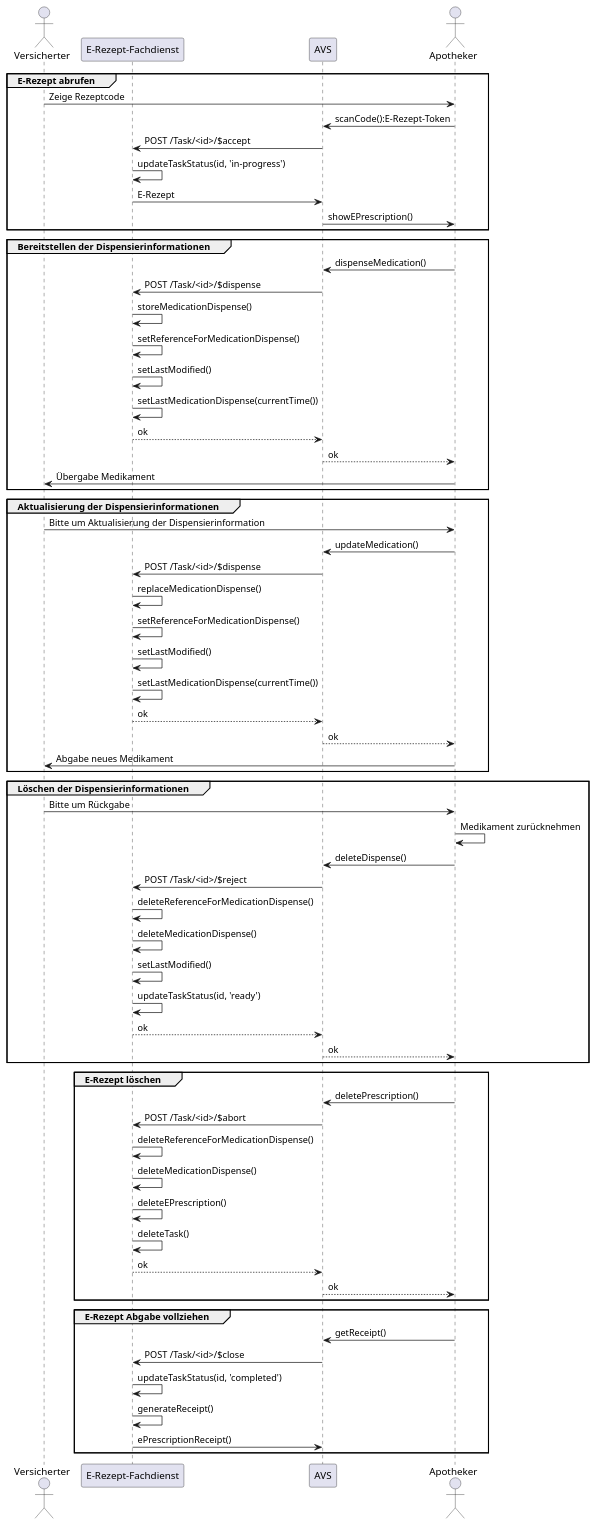
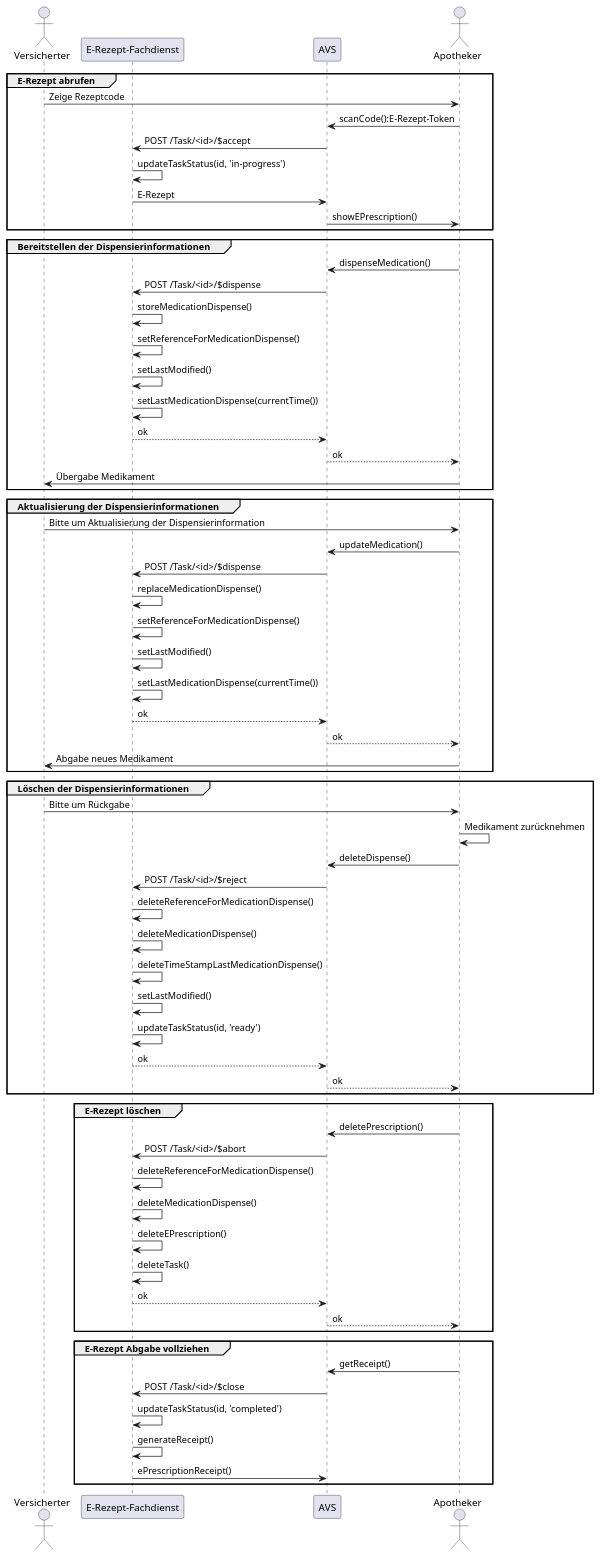
The diagram in puml/fdv_zustaende_sequenz.puml (gematik/api-erp), drawn with PlantUML before and after one commit. The commit also changed 6 other files, not shown here.

```diff
--- a/puml/fdv_zustaende_sequenz.puml
+++ b/puml/fdv_zustaende_sequenz.puml
@@ -1,75 +1,76 @@
 @startuml Aktualisierte Abgabeinformationen Gesamt
 
 actor Versicherter
 participant "E-Rezept-Fachdienst" as FD
 participant AVS
 actor Apotheker
 
 group E-Rezept abrufen
 Versicherter -> Apotheker: Zeige Rezeptcode
 Apotheker -> AVS: scanCode():E-Rezept-Token
 AVS -> FD: POST /Task/<id>/$accept
 FD -> FD: updateTaskStatus(id, 'in-progress')
 FD -> AVS: E-Rezept
 AVS -> Apotheker: showEPrescription()
 end
 
 group Bereitstellen der Dispensierinformationen
 Apotheker -> AVS: dispenseMedication()
 AVS -> FD: POST /Task/<id>/$dispense
 FD -> FD: storeMedicationDispense()
 FD -> FD: setReferenceForMedicationDispense()
 FD -> FD: setLastModified()
 FD -> FD: setLastMedicationDispense(currentTime())
 FD --> AVS: ok
 AVS --> Apotheker: ok
 Apotheker -> Versicherter: Übergabe Medikament
 end
 
 group Aktualisierung der Dispensierinformationen
 Versicherter -> Apotheker: Bitte um Aktualisierung der Dispensierinformation
 Apotheker -> AVS: updateMedication()
 AVS -> FD: POST /Task/<id>/$dispense
 FD -> FD: replaceMedicationDispense()
 FD -> FD: setReferenceForMedicationDispense()
 FD -> FD: setLastModified()
 FD -> FD: setLastMedicationDispense(currentTime())
 FD --> AVS: ok
 AVS --> Apotheker: ok
 Apotheker -> Versicherter: Abgabe neues Medikament
 end
 
 group Löschen der Dispensierinformationen
 Versicherter -> Apotheker: Bitte um Rückgabe
 Apotheker -> Apotheker: Medikament zurücknehmen
 Apotheker -> AVS: deleteDispense()
 AVS -> FD: POST /Task/<id>/$reject
 FD -> FD: deleteReferenceForMedicationDispense()
 FD -> FD: deleteMedicationDispense()
+FD -> FD: deleteTimeStampLastMedicationDispense()
 FD -> FD: setLastModified()
 FD -> FD: updateTaskStatus(id, 'ready')
 FD --> AVS: ok
 AVS --> Apotheker: ok
 end
 
 group E-Rezept löschen
 Apotheker -> AVS: deletePrescription()
 AVS -> FD: POST /Task/<id>/$abort
 FD -> FD: deleteReferenceForMedicationDispense()
 FD -> FD: deleteMedicationDispense()
 FD -> FD: deleteEPrescription()
 FD -> FD: deleteTask()
 FD --> AVS: ok
 AVS --> Apotheker: ok
 end
 
 group E-Rezept Abgabe vollziehen 
 Apotheker -> AVS: getReceipt()
 AVS -> FD: POST /Task/<id>/$close
 FD -> FD: updateTaskStatus(id, 'completed')
 FD -> FD: generateReceipt()
 FD -> AVS: ePrescriptionReceipt()
 end
 
 
 @enduml
```
